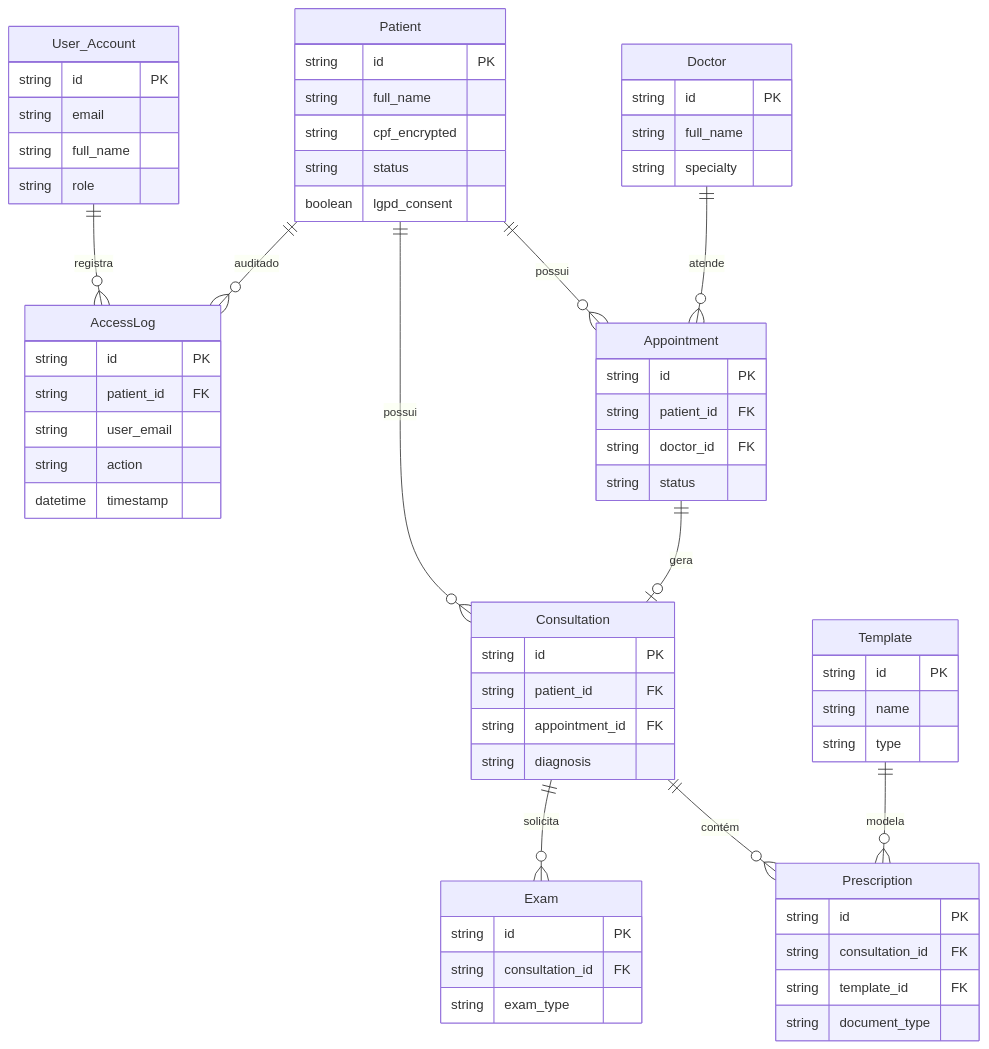
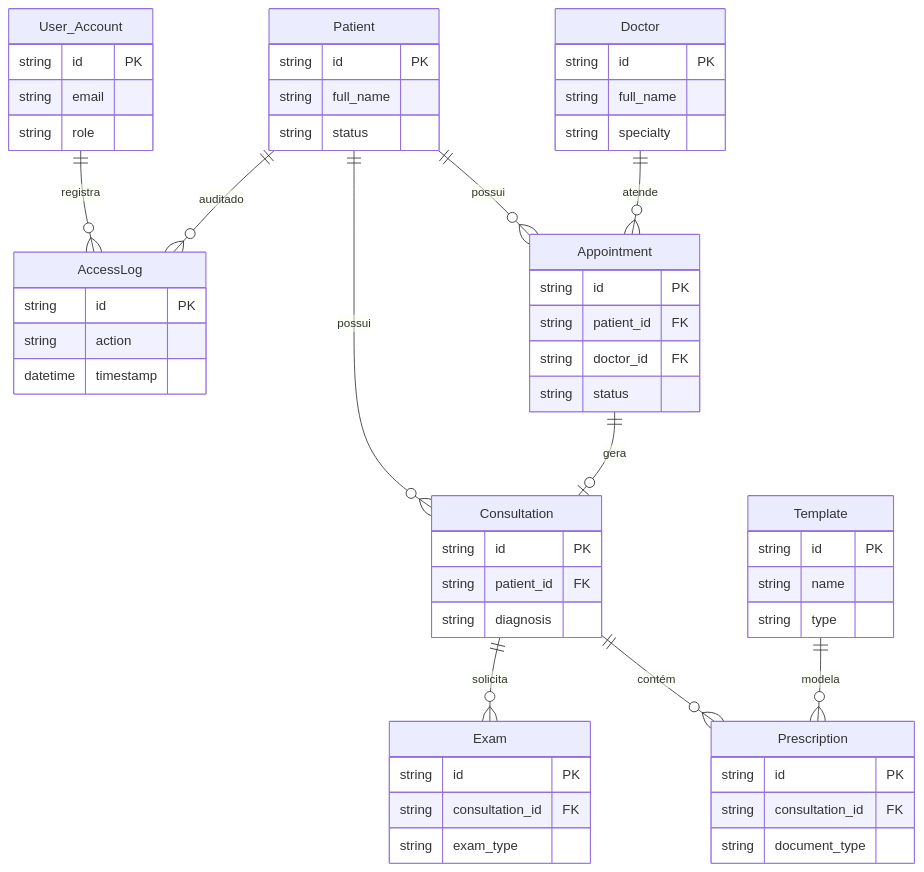
Before and after one commit to Adriano1976/prontuario-facil: the third of 4 diagrams in README.md, drawn with Mermaid.

Commit message:
docs: atualiza README do projeto

````diff
--- a/README.md
+++ b/README.md
@@ -229,74 +172,67 @@
 ```mermaid
 erDiagram
     Patient ||--o{ Appointment : "possui"
     Doctor ||--o{ Appointment : "atende"
     Appointment ||--o| Consultation : "gera"
     Patient ||--o{ Consultation : "possui"
     Consultation ||--o{ Prescription : "contém"
     Consultation ||--o{ Exam : "solicita"
     Template ||--o{ Prescription : "modela"
     Patient ||--o{ AccessLog : "auditado"
     User_Account ||--o{ AccessLog : "registra"
 
     Patient {
         string id PK
         string full_name
-        string cpf_encrypted
         string status
-        boolean lgpd_consent
     }
 
     Doctor {
         string id PK
         string full_name
         string specialty
     }
 
     Appointment {
         string id PK
         string patient_id FK
         string doctor_id FK
         string status
     }
 
     Consultation {
         string id PK
         string patient_id FK
-        string appointment_id FK
         string diagnosis
     }
 
     Prescription {
         string id PK
         string consultation_id FK
-        string template_id FK
         string document_type
     }
 
     Exam {
         string id PK
         string consultation_id FK
         string exam_type
     }
 
     Template {
         string id PK
         string name
         string type
     }
 
     AccessLog {
         string id PK
-        string patient_id FK
-        string user_email
         string action
         datetime timestamp
     }
 
     User_Account {
         string id PK
         string email
-        string full_name
         string role
     }
 ```
````
